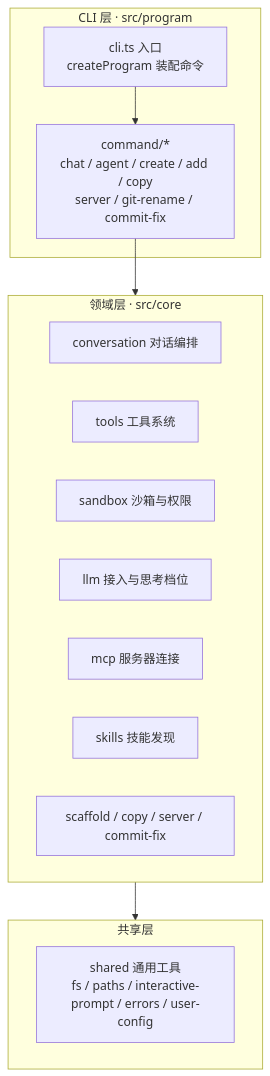
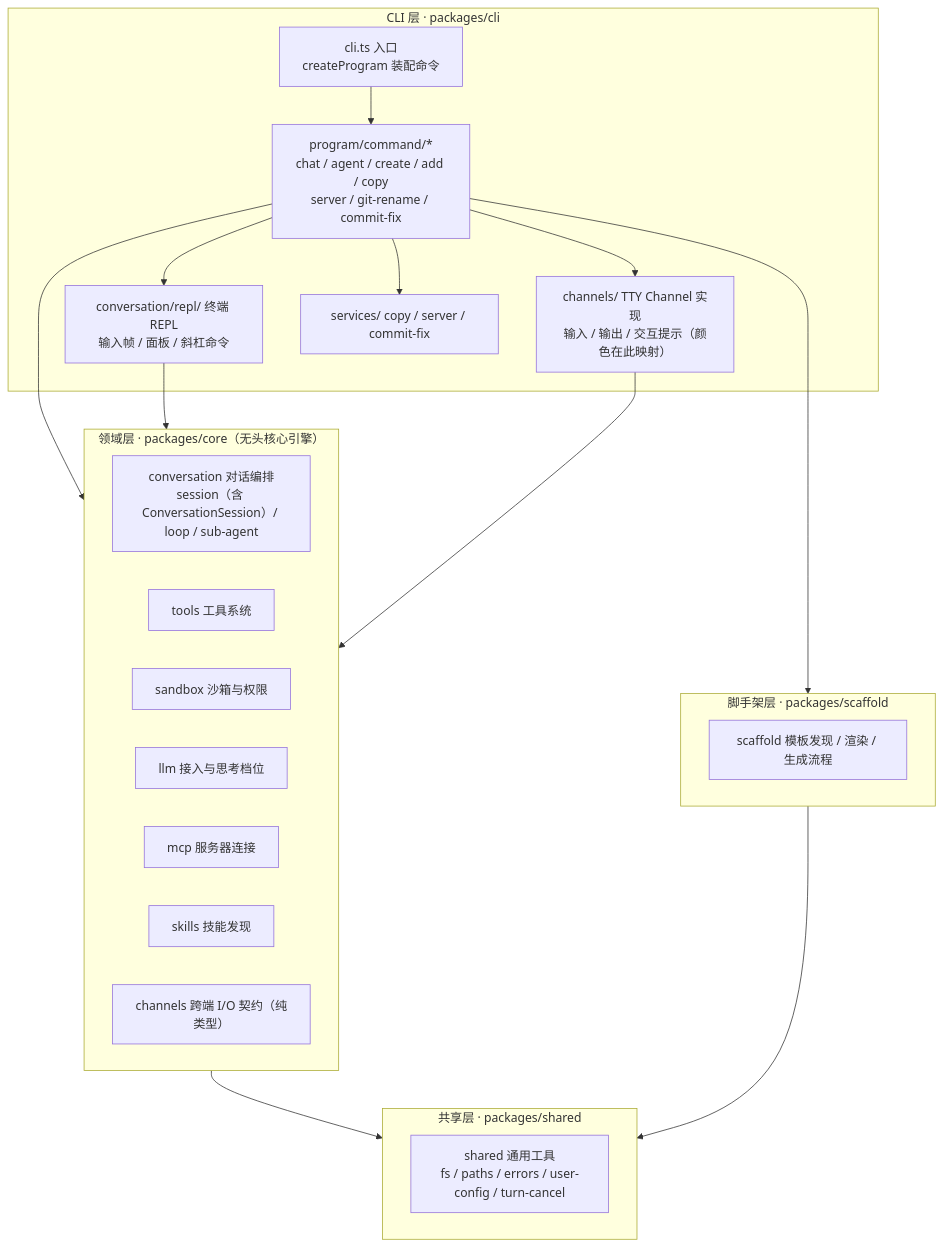
Before and after one commit to tanyueran/tx-cli: the first of 3 diagrams in docs/ARCHITECTURE.md, drawn with Mermaid. The commit also changed other lines of this file and 70 other files, not shown here.

First line of the commit message:
refactor: 收口四包边界，core 下沉无头会话、cli 上移终端交互

````diff
--- a/docs/ARCHITECTURE.md
+++ b/docs/ARCHITECTURE.md
@@ -19,21 +22,32 @@
 ```mermaid
 flowchart TD
-    subgraph CLI层["CLI 层 · src/program"]
+    subgraph CLI层["CLI 层 · packages/cli"]
         CLI["cli.ts 入口<br/>createProgram 装配命令"]
-        CMDS["command/*<br/>chat / agent / create / add / copy<br/>server / git-rename / commit-fix"]
+        CMDS["program/command/*<br/>chat / agent / create / add / copy<br/>server / git-rename / commit-fix"]
+        CHANNELS["channels/ TTY Channel 实现<br/>输入 / 输出 / 交互提示（颜色在此映射）"]
+        REPL["conversation/repl/ 终端 REPL<br/>输入帧 / 面板 / 斜杠命令"]
+        SERVICES["services/ copy / server / commit-fix"]
     end
-    subgraph 领域层["领域层 · src/core"]
-        CONV["conversation 对话编排"]
+    subgraph 领域层["领域层 · packages/core（无头核心引擎）"]
+        CONV["conversation 对话编排<br/>session（含 ConversationSession）/ loop / sub-agent"]
         TOOLS["tools 工具系统"]
         SANDBOX["sandbox 沙箱与权限"]
         LLM["llm 接入与思考档位"]
         MCP["mcp 服务器连接"]
         SKILLS["skills 技能发现"]
-        SCAFFOLD["scaffold / copy / server / commit-fix"]
+        CH["channels 跨端 I/O 契约（纯类型）"]
     end
-    subgraph 共享层["共享层"]
-        SHARED["shared 通用工具<br/>fs / paths / interactive-prompt / errors / user-config"]
+    subgraph 脚手架层["脚手架层 · packages/scaffold"]
+        SCAFFOLD["scaffold 模板发现 / 渲染 / 生成流程"]
+    end
+    subgraph 共享层["共享层 · packages/shared"]
+        SHARED["shared 通用工具<br/>fs / paths / errors / user-config / turn-cancel"]
     end
     CLI --> CMDS --> 领域层
+    CMDS --> REPL --> 领域层
+    CMDS --> SERVICES
+    CMDS --> CHANNELS --> 领域层
+    CMDS --> 脚手架层
     领域层 --> 共享层
+    脚手架层 --> 共享层
 ```
````
